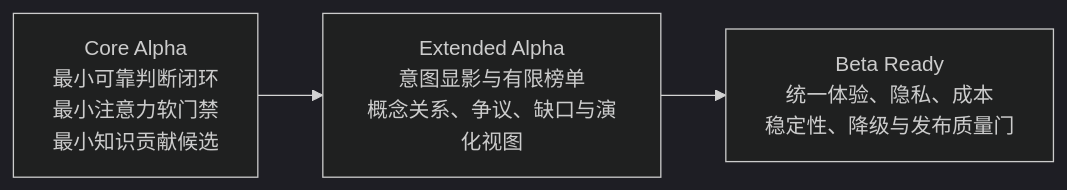
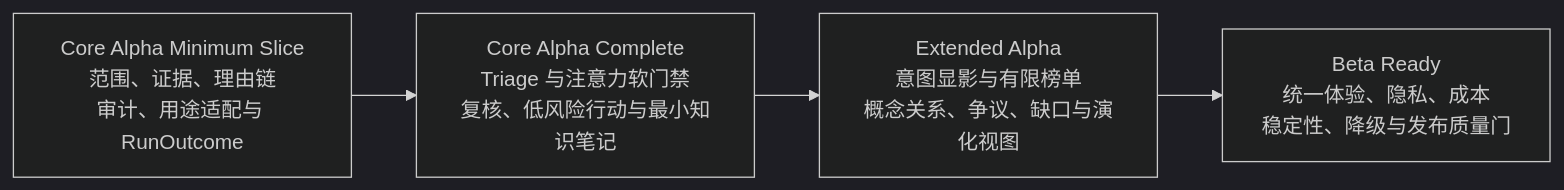
Before and after one commit to baijianqing/yantie-history: the fifth of 5 diagrams in docs/BUSINESS_ARCHITECTURE.md, drawn with Mermaid (dark theme). The commit also changed other lines of this file, not shown here.

Commit message:
docs: finalize Core Alpha business architecture

````diff
--- a/docs/BUSINESS_ARCHITECTURE.md
+++ b/docs/BUSINESS_ARCHITECTURE.md
@@ -487,8 +551,9 @@
 ```mermaid
 flowchart LR
-    CORE["Core Alpha<br/>最小可靠判断闭环<br/>最小注意力软门禁<br/>最小知识贡献候选"]
+    MIN["Core Alpha Minimum Slice<br/>范围、证据、理由链<br/>审计、用途适配与 RunOutcome"]
+    CORE["Core Alpha Complete<br/>Triage 与注意力软门禁<br/>复核、低风险行动与最小知识笔记"]
     EXTENDED["Extended Alpha<br/>意图显影与有限榜单<br/>概念关系、争议、缺口与演化视图"]
     BETA["Beta Ready<br/>统一体验、隐私、成本<br/>稳定性、降级与发布质量门"]
 
-    CORE --> EXTENDED --> BETA
+    MIN --> CORE --> EXTENDED --> BETA
 ```
````
